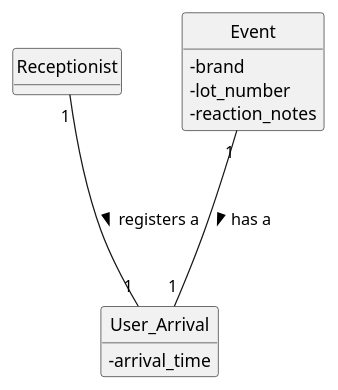
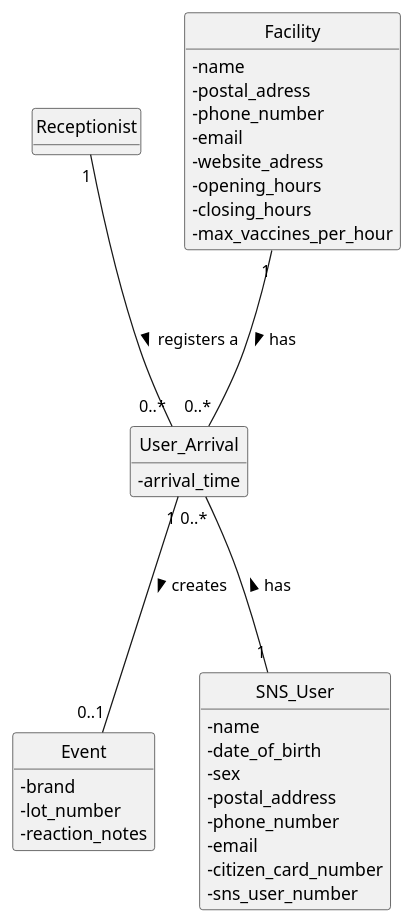
The diagram in docs/system-documentation/US22/puml/US22-MD.puml (Parafita123/leti-esoft-25-26-B1), drawn with PlantUML before and after one commit. The commit also changed 12 other files, not shown here.

```diff
--- a/docs/system-documentation/US22/puml/US22-MD.puml
+++ b/docs/system-documentation/US22/puml/US22-MD.puml
@@ -1,26 +1,52 @@
 @startuml
 'https://plantuml.com/sequence-diagram
 
 
 hide circle
 skinparam classAttributeIconSize 0
 hide methods
 
 class Receptionist {
 }
 
 class Event {
     - brand
     - lot_number
     - reaction_notes
 }
 
 class User_Arrival{
     - arrival_time
 }
 
-Receptionist "1" -down-- "1" User_Arrival: registers a >
+class SNS_User {
+    - name
+    - date_of_birth
+    - sex
+    - postal_address
+    - phone_number
+    - email
+    - citizen_card_number
+    - sns_user_number
+}
 
-Event "1" -down-- "1" User_Arrival: has a >
+class Facility {
+    - name
+    - postal_adress
+    - phone_number
+    - email
+    - website_adress
+    - opening_hours
+    - closing_hours
+    - max_vaccines_per_hour
+}
+
+Receptionist "1" -down-- "0..*" User_Arrival: registers a >
+
+User_Arrival "1" -down-- "0..1" Event: creates >
+
+SNS_User "1" -up-- "0..*" User_Arrival: has >
+
+Facility "1" -down-- "0..*" User_Arrival: has >
 
 @enduml
```
